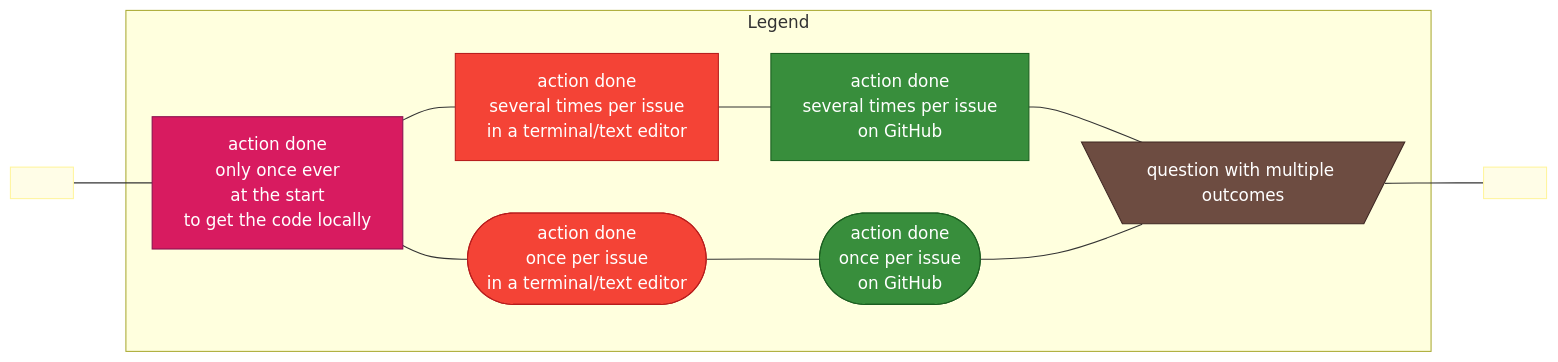
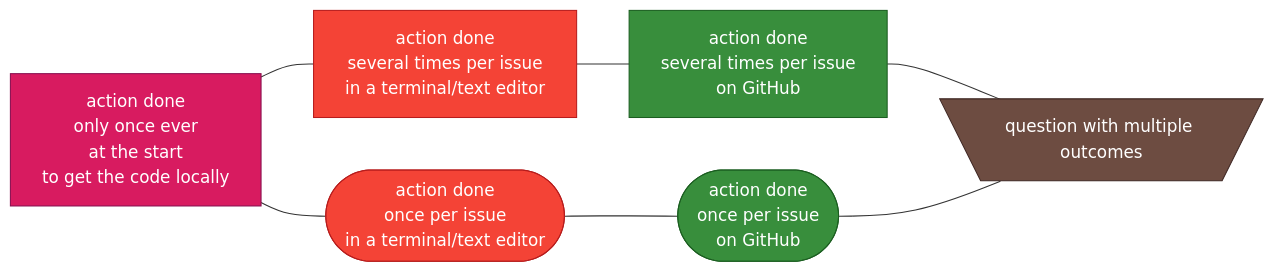
The first of 2 diagrams in documentation/docs/developer_guide/contribution_flowchart.md (CABLE-LSM/CABLE), drawn with Mermaid before and after one commit.

Commit message:
#81: remove subgraph in legend

````diff
--- a/documentation/docs/developer_guide/contribution_flowchart.md
+++ b/documentation/docs/developer_guide/contribution_flowchart.md
@@ -8,27 +8,20 @@
 ```mermaid
    %% Create a graph for the legend of the main graph
    flowchart LR
-      blank1[" "]
       uniq[action done <br> only once ever <br> at the start <br> to get the code locally]:::uniq;
-      blank2[" "]
+      sevterm[action done <br> several times per issue <br> in a terminal/text editor]:::term;
+      sevgit[action done <br> several times per issue <br> on GitHub]:::github;
+      onceterm([action done <br> once per issue <br> in a terminal/text editor]):::term;
+      oncegit([action done <br> once per issue <br> on GitHub]):::github;
+      question[\question with multiple outcomes/]:::question;
 
-      blank1---uniq;
-      subgraph Legend
-         sevterm[action done <br> several times per issue <br> in a terminal/text editor]:::term;
-         sevgit[action done <br> several times per issue <br> on GitHub]:::github;
-         onceterm([action done <br> once per issue <br> in a terminal/text editor]):::term;
-         oncegit([action done <br> once per issue <br> on GitHub]):::github;
-         question[\question with multiple outcomes/]:::question;
-
-         uniq --- sevterm --- sevgit --- question;
-         uniq --- onceterm --- oncegit --- question;
-      end
-      question --- blank2
+      uniq --- sevterm --- sevgit --- question;
+      uniq --- onceterm --- oncegit --- question;
 
       classDef default fill:#FFFDE7, stroke:#FFF59D;
       classDef uniq fill:#D81B60, stroke:#880E4F, color:#FFFFFF;
       classDef github fill:#388E3C,stroke:#1B5E20, color:#FFFFFF;
       classDef term fill:#F44336, stroke:#B71C1C, color:#FFFFFF;
       classDef question fill:#6D4C41, stroke:#3E2723, color:#FFFFFF; 
 ;
 ```
````
